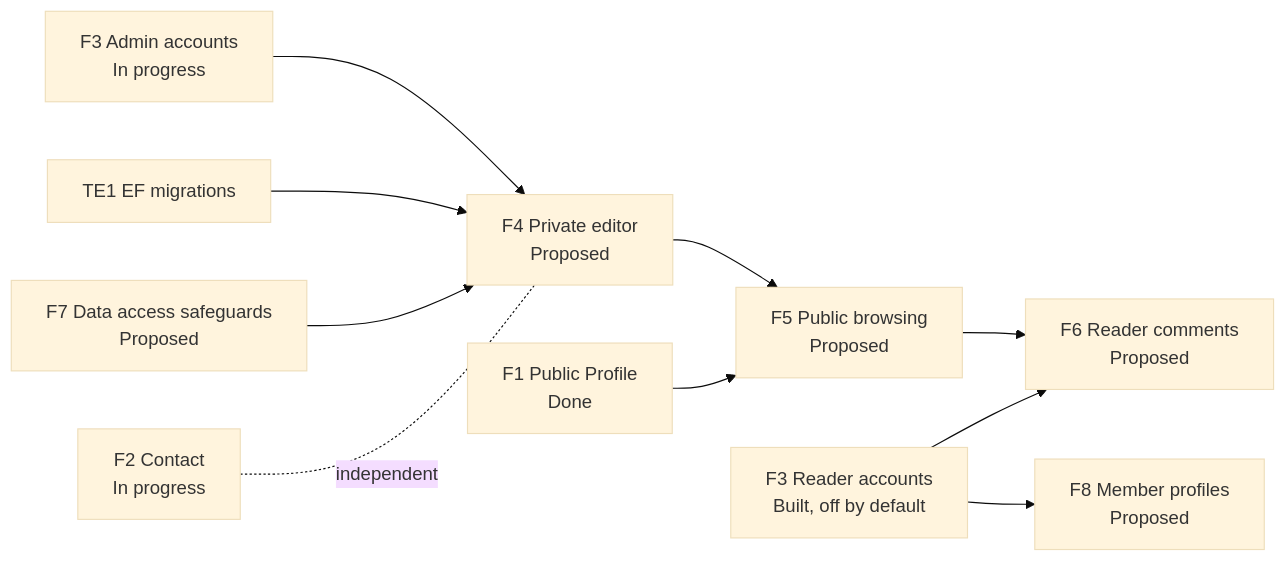
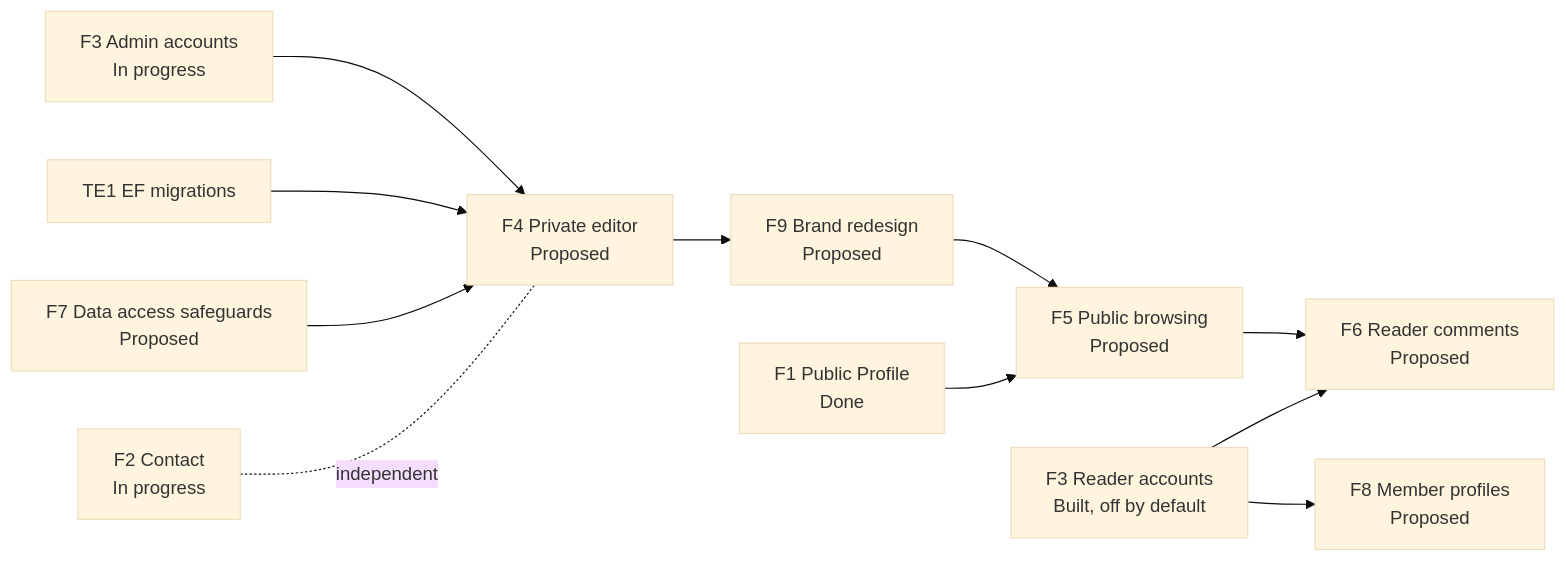
One commit to GucciVanin/goosevaninWebsite changed the diagram in Docs/project.md. Above: the diagram before and after it, drawn with Mermaid (base theme). The commit also changed other lines of this file and 233 other files, not shown here.

````diff
--- a/Docs/project.md
+++ b/Docs/project.md
@@ -120,23 +120,25 @@
 ```mermaid
 flowchart LR
     F1[F1 Public Profile<br/>Done]
     F2[F2 Contact<br/>In progress]
     F3a[F3 Admin accounts<br/>In progress]
     F7[F7 Data access safeguards<br/>Proposed]
     F4[F4 Private editor<br/>Proposed]
+    F9[F9 Brand redesign<br/>Proposed]
     F5[F5 Public browsing<br/>Proposed]
     F3b[F3 Reader accounts<br/>Built, off by default]
     F6[F6 Reader comments<br/>Proposed]
     F8[F8 Member profiles<br/>Proposed]
     TE1[TE1 EF migrations]
 
     F3a --> F4
     TE1 --> F4
     F7 --> F4
-    F4 --> F5
+    F4 --> F9
+    F9 --> F5
     F5 --> F6
     F3b --> F6
     F3b --> F8
     F1 --> F5
     F2 -. independent .- F4
 ```
````
